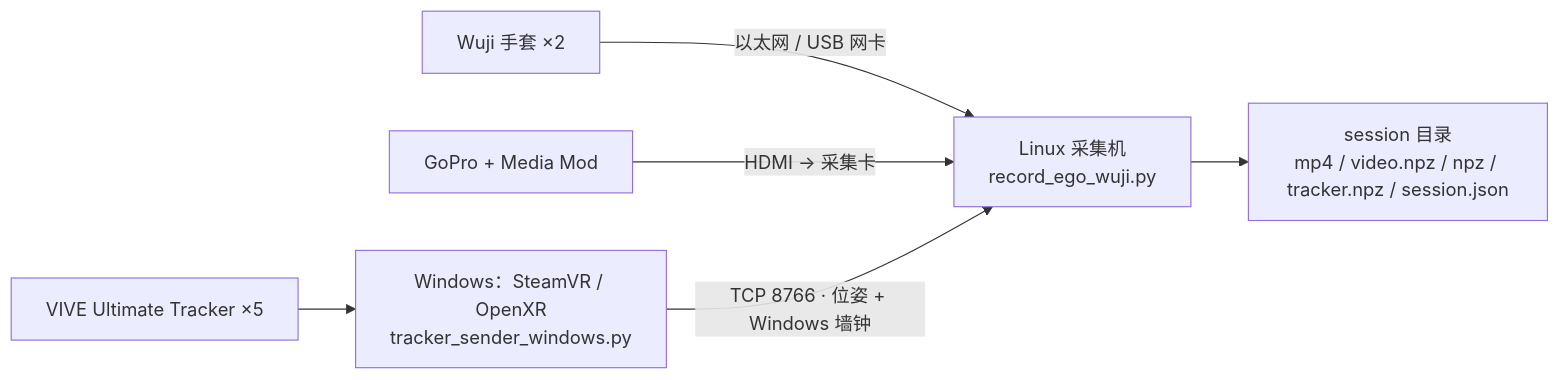
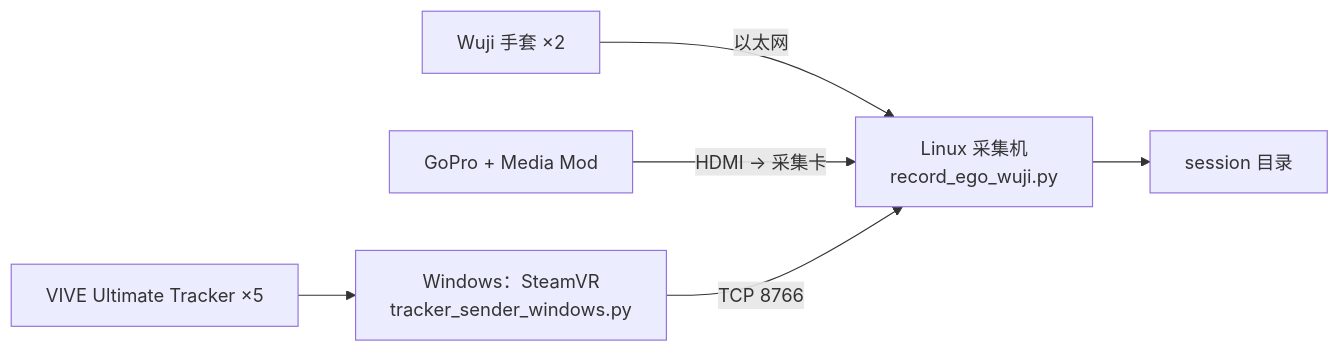
One commit to InternRobotics/EgoExplorer-Guidelines changed the first of 2 diagrams in docs/zh/02_host_setup.md. Above: the diagram before and after it, drawn with Mermaid. The commit also changed other lines of this file and 31 other files, not shown here.

First line of the commit message:
Edit the guidelines for clarity and layout; rebuild the rig figure

````diff
--- a/docs/zh/02_host_setup.md
+++ b/docs/zh/02_host_setup.md
@@ -11,8 +11,8 @@
-```mermaid
-flowchart LR
-    W[Wuji 手套 ×2] -- 以太网 / USB 网卡 --> L
-    G[GoPro + Media Mod] -- HDMI → 采集卡 --> L
-    T[VIVE Ultimate Tracker ×5] --> WIN[Windows：SteamVR / OpenXR<br/>tracker_sender_windows.py]
-    WIN -- TCP 8766 · 位姿 + Windows 墙钟 --> L[Linux 采集机<br/>record_ego_wuji.py]
-    L --> F[session 目录<br/>mp4 / video.npz / npz / tracker.npz / session.json]
-```
+    ```mermaid
+    flowchart LR
+        W[Wuji 手套 ×2] -- 以太网 --> L
+        G[GoPro + Media Mod] -- HDMI → 采集卡 --> L
+        T[VIVE Ultimate Tracker ×5] --> WIN[Windows：SteamVR<br/>tracker_sender_windows.py]
+        WIN -- TCP 8766 --> L[Linux 采集机<br/>record_ego_wuji.py]
+        L --> F[session 目录]
+    ```
````
